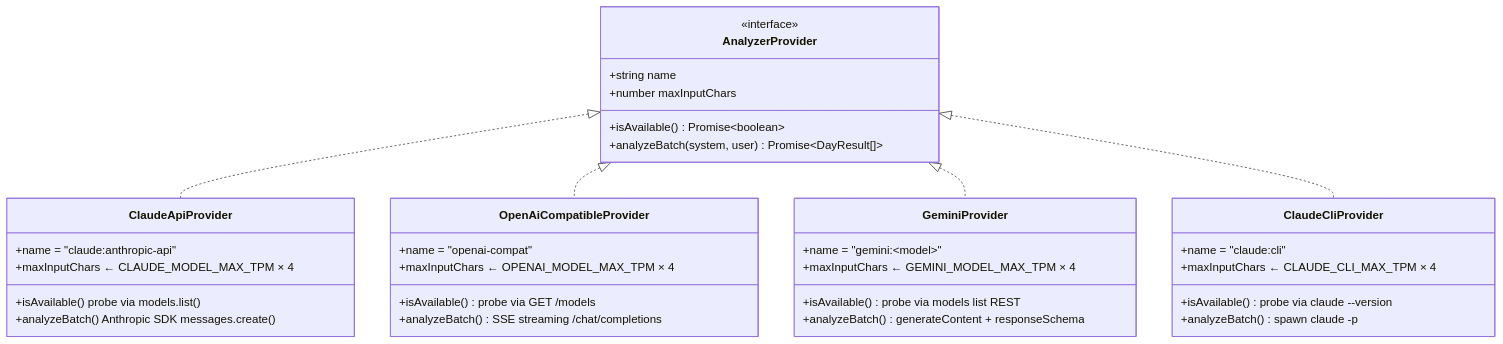
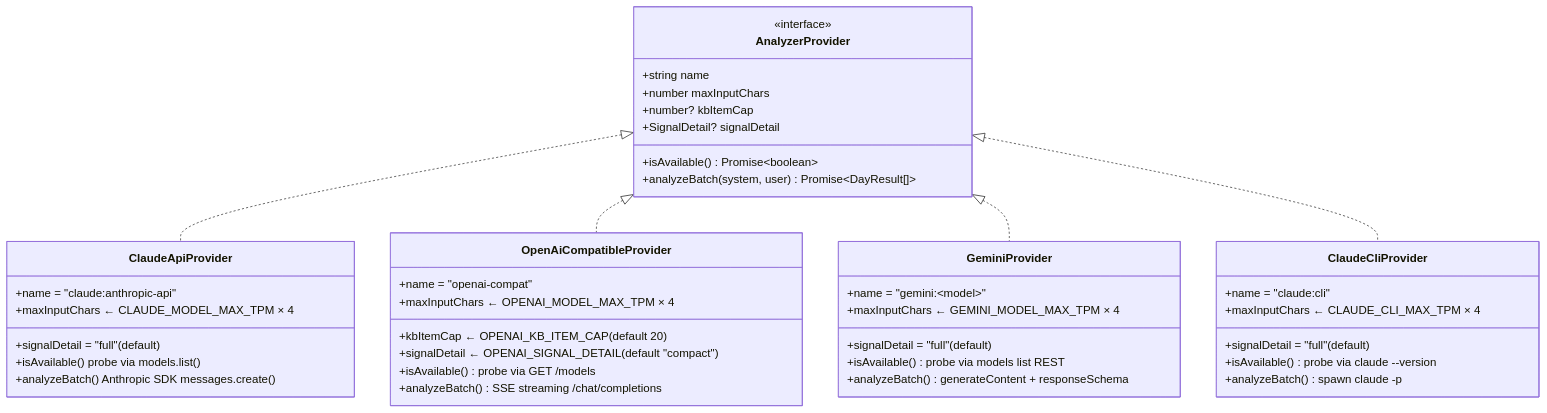
One commit to shinjigi/my_ms_graph_api_collector changed the fifth of 10 diagrams in docs/AI-ANALYSIS.md. Above: the diagram before and after it, drawn with Mermaid. The commit also changed other lines of this file and 15 other files, not shown here.

````diff
--- a/docs/AI-ANALYSIS.md
+++ b/docs/AI-ANALYSIS.md
@@ -225,43 +267,50 @@
 ```mermaid
 classDiagram
     class AnalyzerProvider {
         <<interface>>
         +string name
         +number maxInputChars
+        +number? kbItemCap
+        +SignalDetail? signalDetail
         +isAvailable() Promise~boolean~
         +analyzeBatch(system, user) Promise~DayResult[]~
     }
 
     class ClaudeApiProvider {
         +name = "claude:anthropic-api"
         +maxInputChars ← CLAUDE_MODEL_MAX_TPM × 4
+        +signalDetail = "full" (default)
         +isAvailable() probe via models.list()
         +analyzeBatch() Anthropic SDK messages.create()
     }
 
     class OpenAiCompatibleProvider {
         +name = "openai-compat"
         +maxInputChars ← OPENAI_MODEL_MAX_TPM × 4
+        +kbItemCap ← OPENAI_KB_ITEM_CAP (default 20)
+        +signalDetail ← OPENAI_SIGNAL_DETAIL (default "compact")
         +isAvailable() probe via GET /models
         +analyzeBatch() SSE streaming /chat/completions
     }
 
     class GeminiProvider {
         +name = "gemini:&lt;model&gt;"
         +maxInputChars ← GEMINI_MODEL_MAX_TPM × 4
+        +signalDetail = "full" (default)
         +isAvailable() probe via models list REST
         +analyzeBatch() generateContent + responseSchema
     }
 
     class ClaudeCliProvider {
         +name = "claude:cli"
         +maxInputChars ← CLAUDE_CLI_MAX_TPM × 4
+        +signalDetail = "full" (default)
         +isAvailable() probe via claude --version
         +analyzeBatch() spawn claude -p
     }
 
     AnalyzerProvider <|.. ClaudeApiProvider
     AnalyzerProvider <|.. OpenAiCompatibleProvider
     AnalyzerProvider <|.. GeminiProvider
     AnalyzerProvider <|.. ClaudeCliProvider
 ```
````
